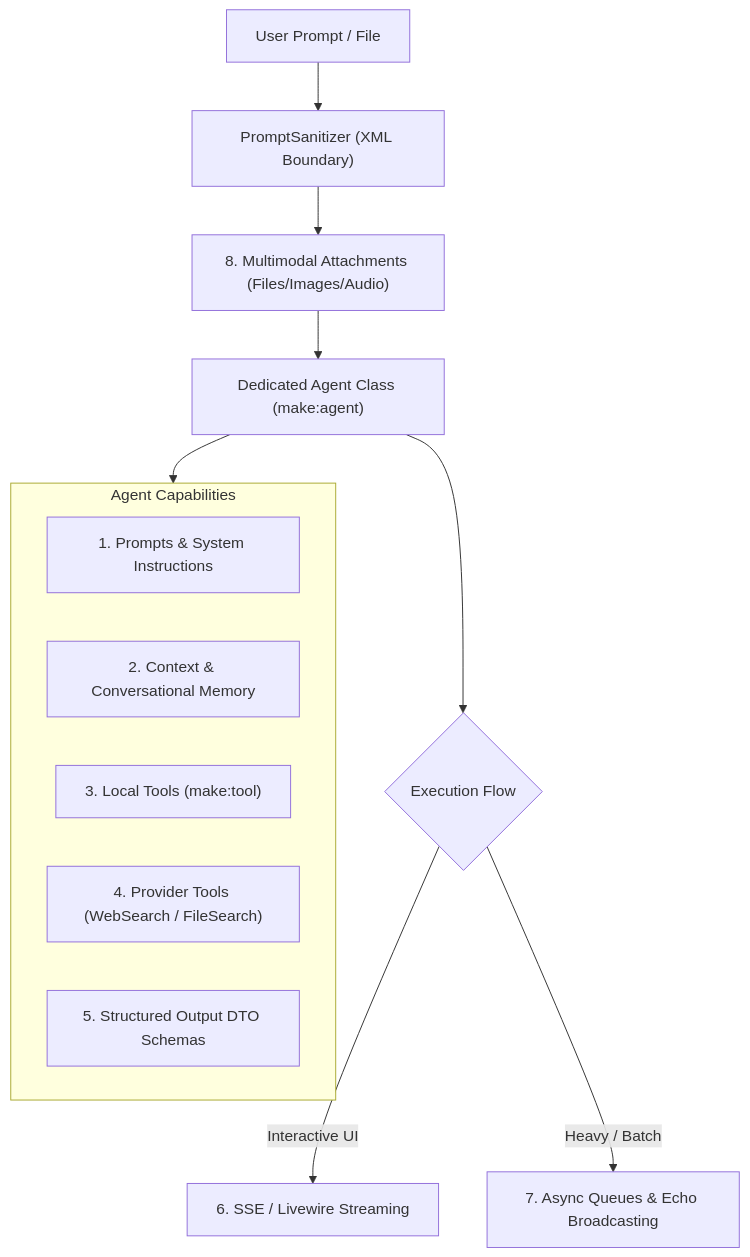
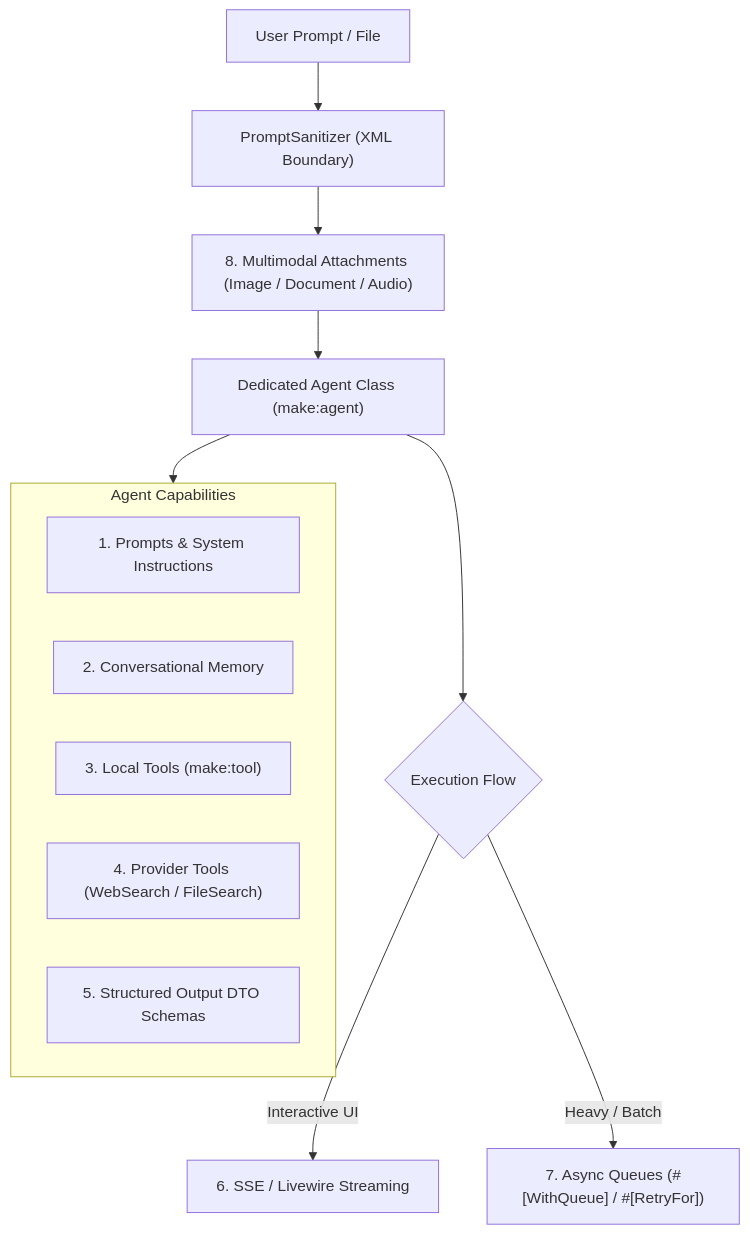
Before and after one commit to shamimwhois/laravel-13-plugin: the second of 4 diagrams in README.md, drawn with Mermaid. The commit also changed other lines of this file, not shown here.

````diff
--- a/README.md
+++ b/README.md
@@ -248,20 +270,19 @@
 ```mermaid
 graph TD
     UserQuery["User Prompt / File"] --> Guard["PromptSanitizer (XML Boundary)"]
-    Guard --> Attachments["8. Multimodal Attachments (Files/Images/Audio)"]
+    Guard --> Attachments["8. Multimodal Attachments (Image / Document / Audio)"]
     Attachments --> AgentOrchestrator["Dedicated Agent Class (make:agent)"]
 
     subgraph AgentCapabilities["Agent Capabilities"]
         Prompts["1. Prompts & System Instructions"]
-        Context["2. Context & Conversational Memory"]
+        Context["2. Conversational Memory"]
         Tools["3. Local Tools (make:tool)"]
         ProviderTools["4. Provider Tools (WebSearch / FileSearch)"]
         StructuredOutput["5. Structured Output DTO Schemas"]
     end
 
     AgentOrchestrator --> AgentCapabilities
-
     AgentOrchestrator --> ExecutionFlow{"Execution Flow"}
     ExecutionFlow -- Interactive UI --> Streaming["6. SSE / Livewire Streaming"]
-    ExecutionFlow -- Heavy / Batch --> Async["7. Async Queues & Echo Broadcasting"]
+    ExecutionFlow -- Heavy / Batch --> Async["7. Async Queues (#[WithQueue] / #[RetryFor])"]
 ```
````
